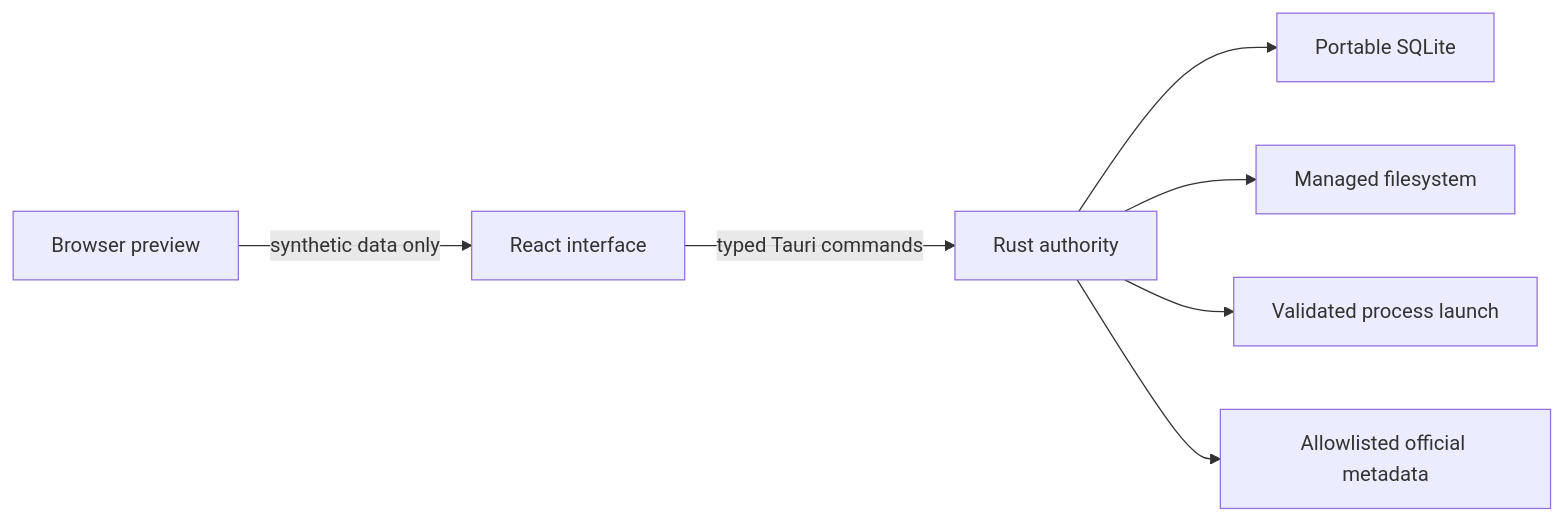
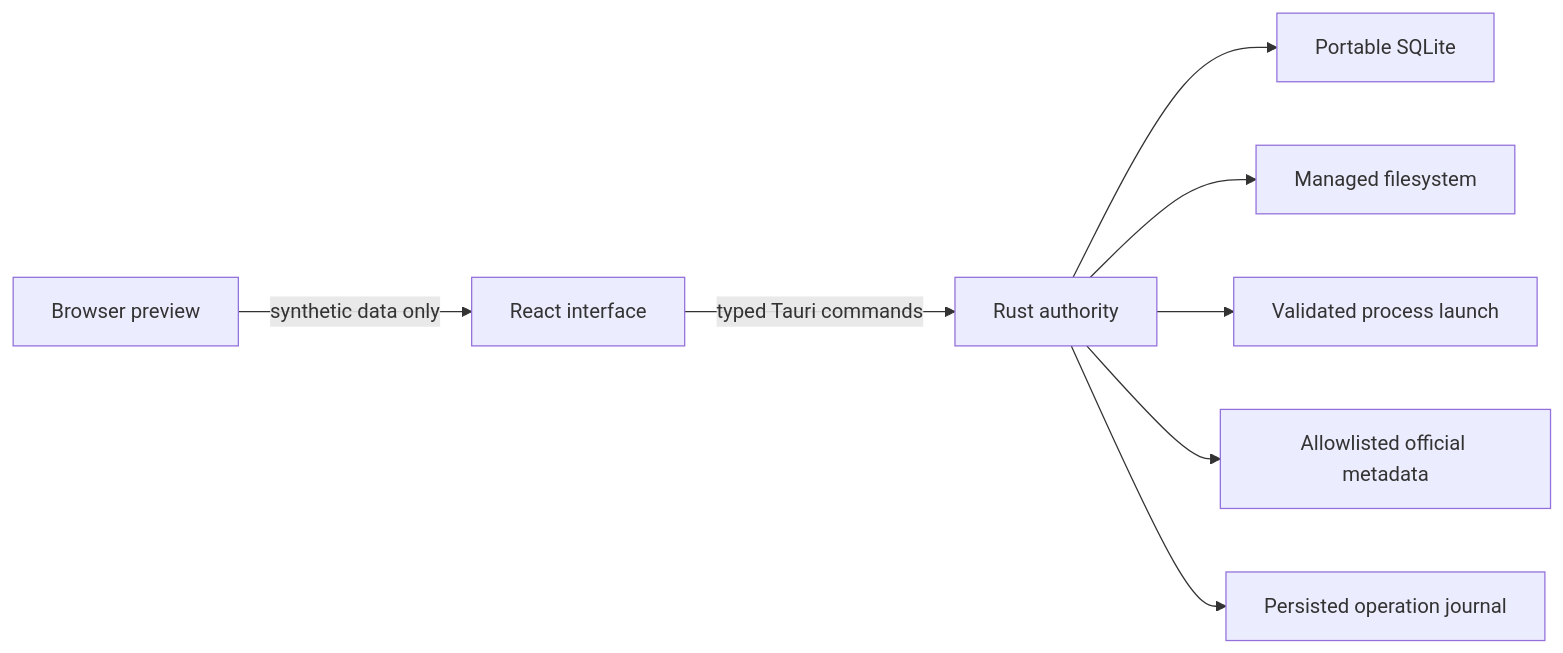
Before and after one commit to NouraldinFarge/gamevault: the second of 2 diagrams in README.md, drawn with Mermaid. The commit also changed other lines of this file and 68 other files, not shown here.

````diff
--- a/README.md
+++ b/README.md
@@ -106,9 +110,10 @@
 ```mermaid
 flowchart LR
     UI["React interface"] -->|typed Tauri commands| RUST["Rust authority"]
     RUST --> DB["Portable SQLite"]
     RUST --> FS["Managed filesystem"]
     RUST --> PROC["Validated process launch"]
     RUST --> META["Allowlisted official metadata"]
+    RUST --> OPS["Persisted operation journal"]
     PREVIEW["Browser preview"] -->|synthetic data only| UI
 ```
````
